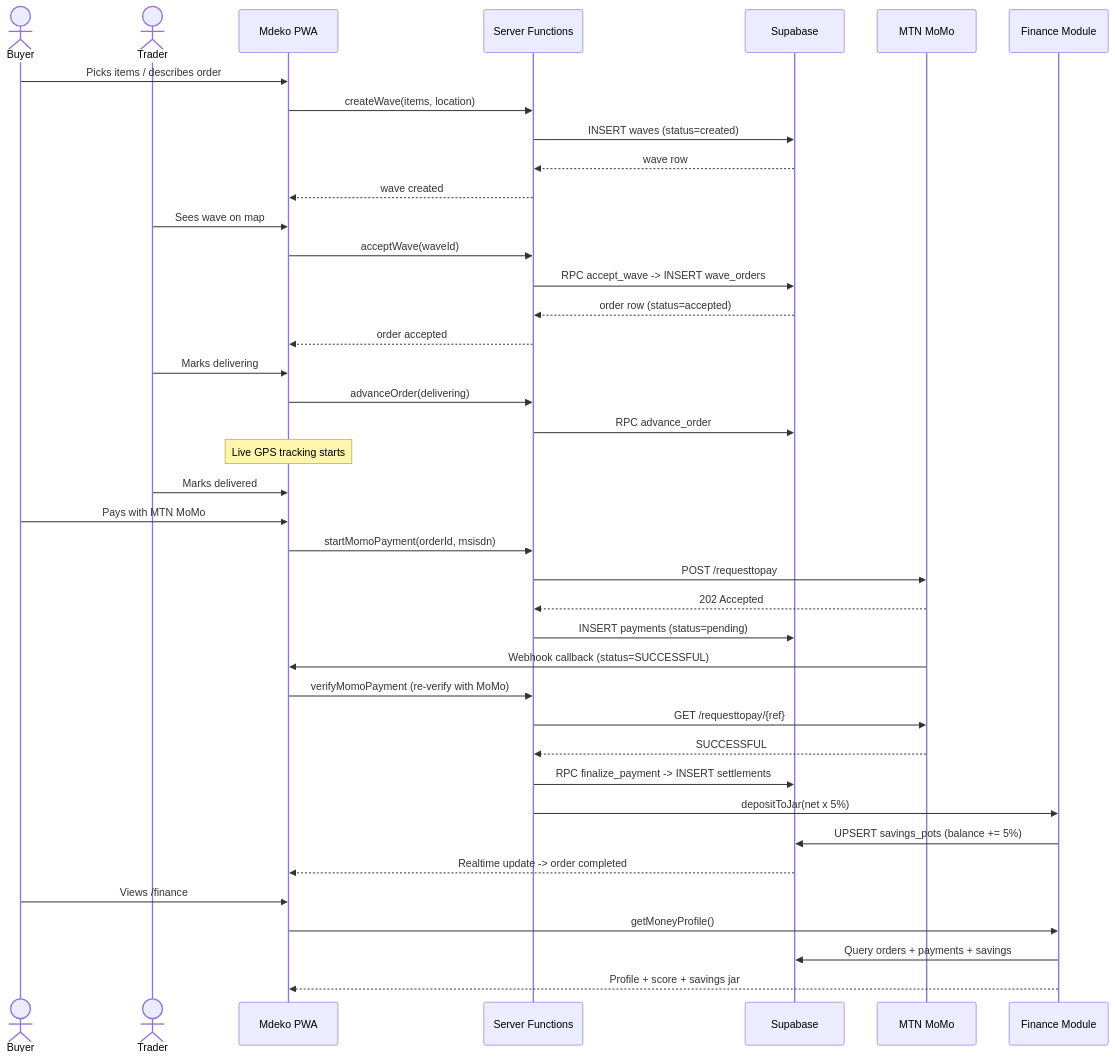
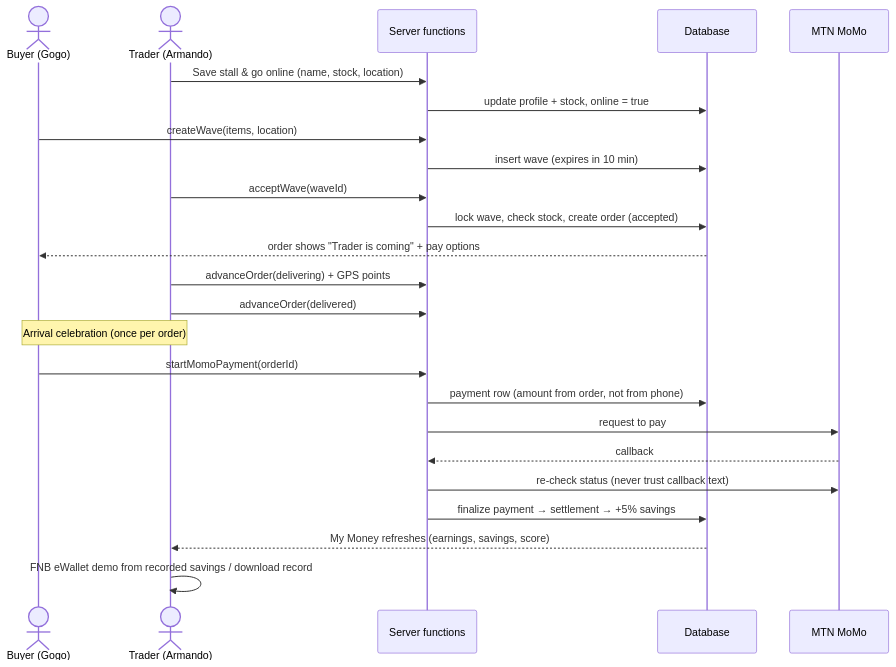
Before and after one commit to mpho0sekati/veggie-wave-delivery: the second of 5 diagrams in README.md, drawn with Mermaid. The commit also changed other lines of this file, not shown here.

````diff
--- a/README.md
+++ b/README.md
@@ -79,48 +149,27 @@
 ```mermaid
 sequenceDiagram
-    actor Buyer
-    actor Trader
-    participant App as Mdeko PWA
-    participant Server as Server Functions
-    participant DB as Supabase
-    participant MoMo as MTN MoMo
-    participant Finance as Finance Module
+    actor B as Buyer (Gogo)
+    actor T as Trader (Armando)
+    participant S as Server functions
+    participant D as Database
+    participant M as MTN MoMo
 
-    Buyer->>App: Picks items / describes order
-    App->>Server: createWave(items, location)
-    Server->>DB: INSERT waves (status=created)
-    DB-->>Server: wave row
-    Server-->>App: wave created
-
-    Trader->>App: Sees wave on map
-    App->>Server: acceptWave(waveId)
-    Server->>DB: RPC accept_wave -> INSERT wave_orders
-    DB-->>Server: order row (status=accepted)
-    Server-->>App: order accepted
-
-    Trader->>App: Marks delivering
-    App->>Server: advanceOrder(delivering)
-    Server->>DB: RPC advance_order
-    Note over App: Live GPS tracking starts
-
-    Trader->>App: Marks delivered
-    Buyer->>App: Pays with MTN MoMo
-    App->>Server: startMomoPayment(orderId, msisdn)
-    Server->>MoMo: POST /requesttopay
-    MoMo-->>Server: 202 Accepted
-    Server->>DB: INSERT payments (status=pending)
-
-    MoMo->>App: Webhook callback (status=SUCCESSFUL)
-    App->>Server: verifyMomoPayment (re-verify with MoMo)
-    Server->>MoMo: GET /requesttopay/{ref}
-    MoMo-->>Server: SUCCESSFUL
-    Server->>DB: RPC finalize_payment -> INSERT settlements
-    Server->>Finance: depositToJar(net x 5%)
-    Finance->>DB: UPSERT savings_pots (balance += 5%)
-    DB-->>App: Realtime update -> order completed
-
-    Buyer->>App: Views /finance
-    App->>Finance: getMoneyProfile()
-    Finance->>DB: Query orders + payments + savings
-    Finance-->>App: Profile + score + savings jar
+    T->>S: Save stall & go online (name, stock, location)
+    S->>D: update profile + stock, online = true
+    B->>S: createWave(items, location)
+    S->>D: insert wave (expires in 10 min)
+    T->>S: acceptWave(waveId)
+    S->>D: lock wave, check stock, create order (accepted)
+    D-->>B: order shows "Trader is coming" + pay options
+    T->>S: advanceOrder(delivering) + GPS points
+    T->>S: advanceOrder(delivered)
+    Note over B,T: Arrival celebration (once per order)
+    B->>S: startMomoPayment(orderId)
+    S->>D: payment row (amount from order, not from phone)
+    S->>M: request to pay
+    M-->>S: callback
+    S->>M: re-check status (never trust callback text)
+    S->>D: finalize payment → settlement → +5% savings
+    D-->>T: My Money refreshes (earnings, savings, score)
+    T->>T: FNB eWallet demo from recorded savings / download record
 ```
````
